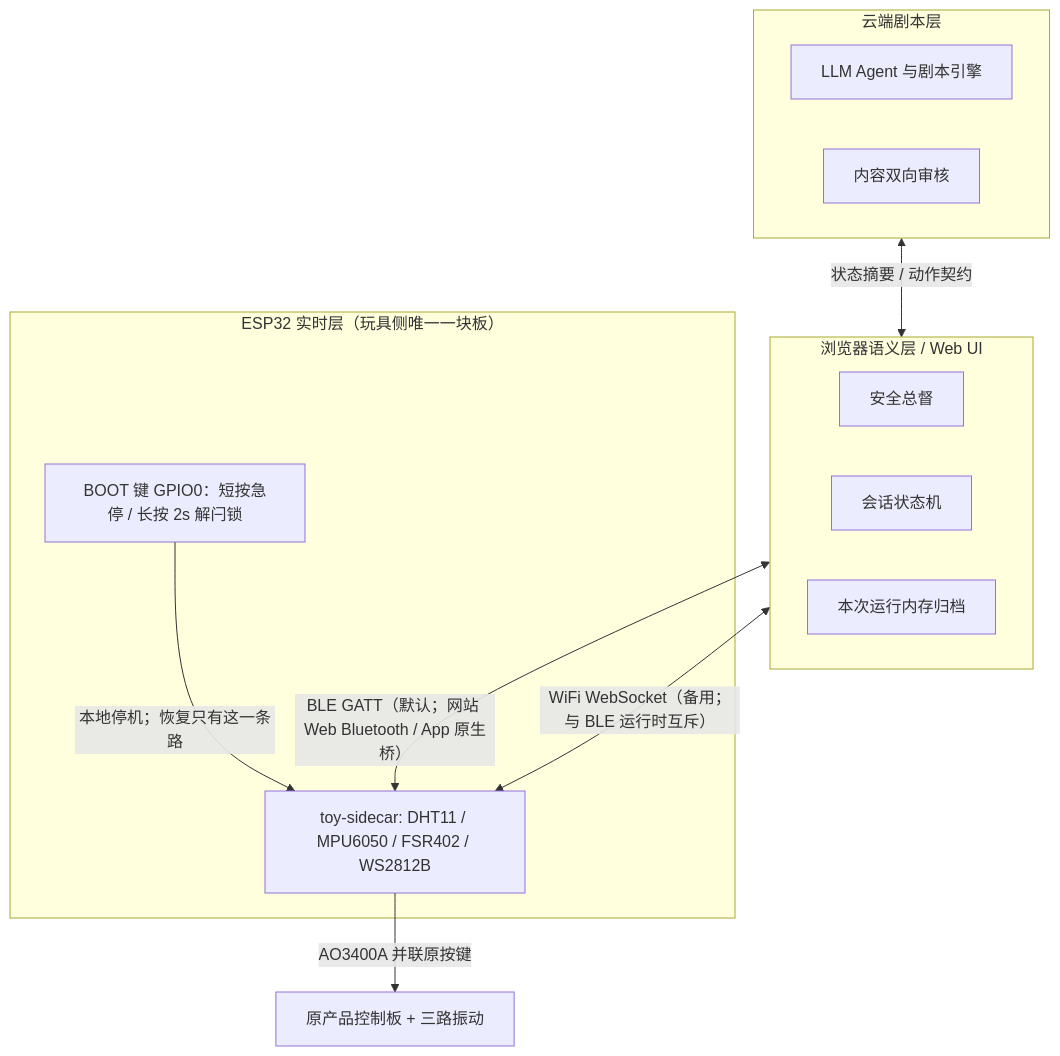
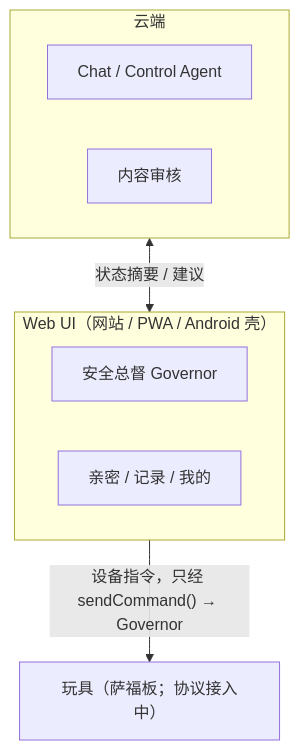
One commit to visionary078/nascent-next changed the diagram in README.md. Above: the diagram before and after it, drawn with Mermaid. The commit also changed other lines of this file and 274 other files, not shown here.

First line of the commit message:
chore: remove the retired Nascent toy-side board (#9)

````diff
--- a/README.md
+++ b/README.md
@@ -13,23 +13,15 @@
 ```mermaid
 flowchart TB
-  subgraph cloud [云端剧本层]
-    LLM["LLM Agent 与剧本引擎"]
-    AUD["内容双向审核"]
+  subgraph cloud [云端]
+    LLM["Chat / Control Agent"]
+    AUD["内容审核"]
   end
-  subgraph app [浏览器语义层 / Web UI]
-    GOV["安全总督"]
-    FSM["会话状态机"]
-    DB["本次运行内存归档"]
+  subgraph app [Web UI（网站 / PWA / Android 壳）]
+    GOV["安全总督 Governor"]
+    UI["亲密 / 记录 / 我的"]
   end
-  subgraph fw ["ESP32 实时层（玩具侧唯一一块板）"]
-    Toy["toy-sidecar: DHT11 / MPU6050 / FSR402 / WS2812B"]
-    Boot["BOOT 键 GPIO0：短按急停 / 长按 2s 解闩锁"]
-  end
-  Board["原产品控制板 + 三路振动"]
+  Device["玩具（萨福板；协议接入中）"]
 
-  cloud <-->|"状态摘要 / 动作契约"| app
-  app <-->|"BLE GATT（默认；网站 Web Bluetooth / App 原生桥）"| Toy
-  app <-->|"WiFi WebSocket（备用；与 BLE 运行时互斥）"| Toy
-  Boot -->|"本地停机；恢复只有这一条路"| Toy
-  Toy -->|"AO3400A 并联原按键"| Board
+  cloud <-->|"状态摘要 / 建议"| app
+  app -->|"设备指令，只经 sendCommand() → Governor"| Device
 ```
````
